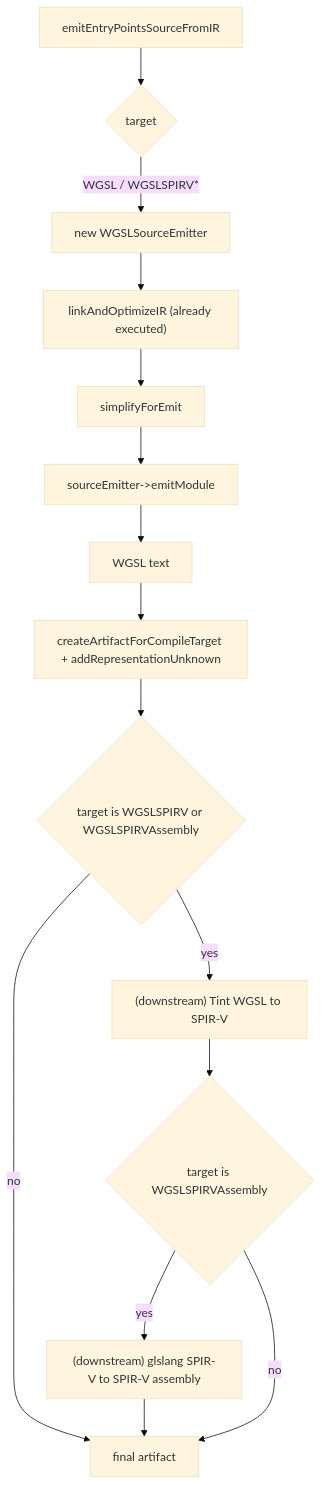
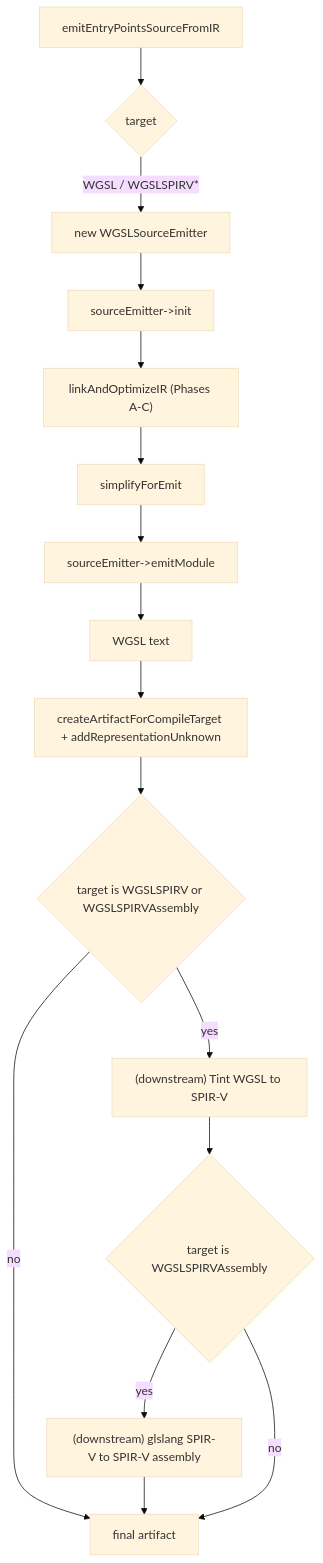
Before and after one commit to shader-slang/slang: the fifth of 5 diagrams in docs/generated/design/target-pipelines/wgsl.md, drawn with Mermaid (base theme). The commit also changed other lines of this file and 28 other files, not shown here.

````diff
--- a/docs/generated/design/target-pipelines/wgsl.md
+++ b/docs/generated/design/target-pipelines/wgsl.md
@@ -679,24 +736,25 @@
 ```mermaid
 flowchart TD
   ent[emitEntryPointsSourceFromIR]
   selectEmit{target}
   newEmit[new WGSLSourceEmitter]
-  linkOpt2["linkAndOptimizeIR (already executed)"]
+  emInit[sourceEmitter->init]
+  linkOpt2["linkAndOptimizeIR (Phases A-C)"]
   simpForEmit[simplifyForEmit]
   emitModule[sourceEmitter->emitModule]
   textOut[WGSL text]
   artifact["createArtifactForCompileTarget + addRepresentationUnknown"]
   spirvGate{target is WGSLSPIRV or WGSLSPIRVAssembly}
   tint["(downstream) Tint WGSL to SPIR-V"]
   asmGate{target is WGSLSPIRVAssembly}
   glslang["(downstream) glslang SPIR-V to SPIR-V assembly"]
   done[final artifact]
 
   ent --> selectEmit
   selectEmit -->|"WGSL / WGSLSPIRV*"| newEmit
-  newEmit --> linkOpt2 --> simpForEmit --> emitModule --> textOut --> artifact --> spirvGate
+  newEmit --> emInit --> linkOpt2 --> simpForEmit --> emitModule --> textOut --> artifact --> spirvGate
   spirvGate -->|yes| tint --> asmGate
   spirvGate -->|no| done
   asmGate -->|yes| glslang --> done
   asmGate -->|no| done
 ```
````
